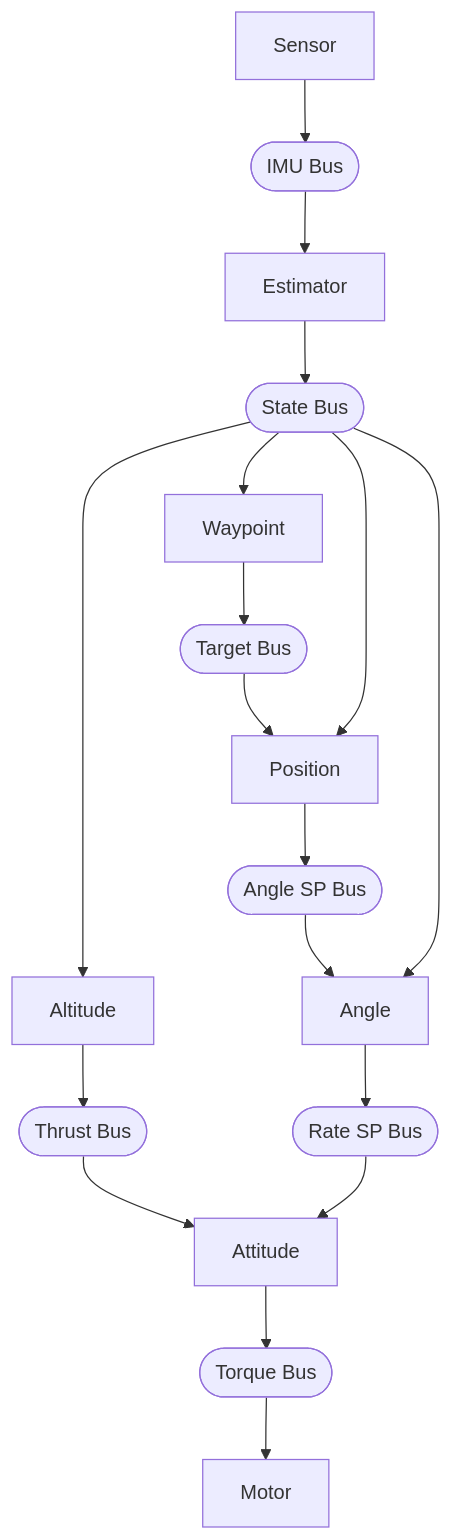
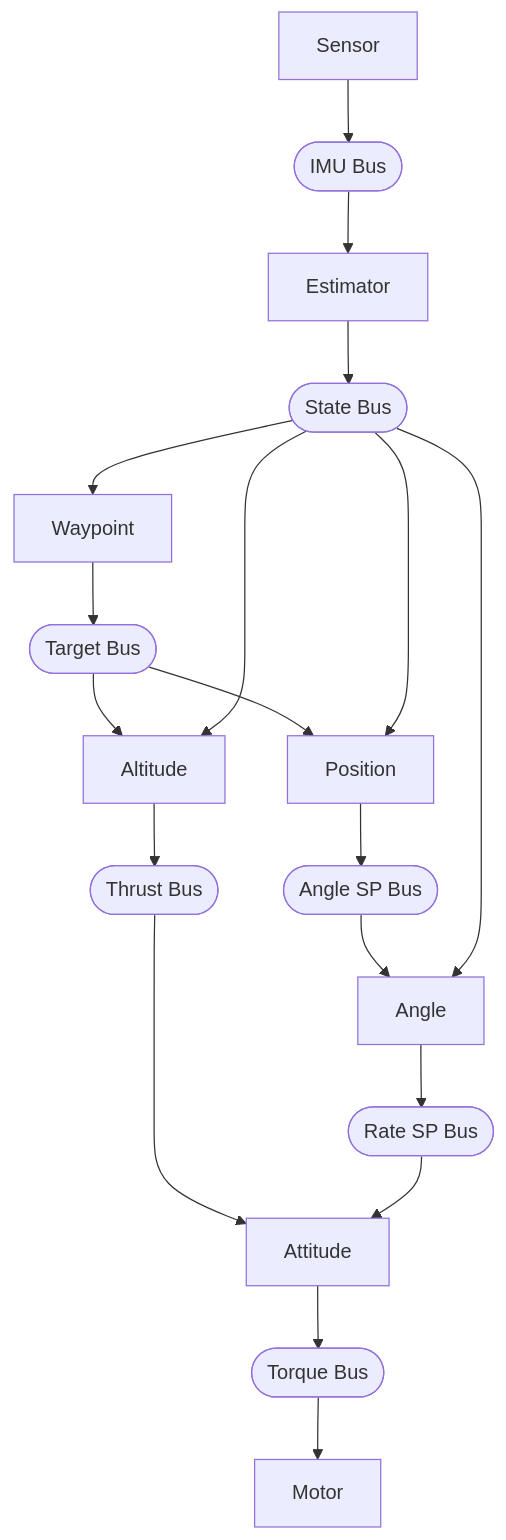
One commit to joagre/rt changed the diagram in examples/pilot/README.md. Above: the diagram before and after it, drawn with Mermaid. The commit also changed other lines of this file and 7 other files, not shown here.

````diff
--- a/examples/pilot/README.md
+++ b/examples/pilot/README.md
@@ -56,10 +56,12 @@
 ```mermaid
 graph TB
     Sensor[Sensor] --> IMUBus([IMU Bus]) --> Estimator[Estimator] --> StateBus([State Bus])
 
-    StateBus --> Altitude[Altitude] --> ThrustBus([Thrust Bus]) --> Attitude[Attitude]
-    StateBus --> Waypoint[Waypoint] --> TargetBus([Target Bus]) --> Position[Position]
+    StateBus --> Waypoint[Waypoint] --> TargetBus([Target Bus])
+    TargetBus --> Altitude[Altitude] --> ThrustBus([Thrust Bus]) --> Attitude[Attitude]
+    TargetBus --> Position[Position]
+    StateBus --> Altitude
     StateBus --> Position --> AngleSP([Angle SP Bus]) --> Angle[Angle]
     StateBus --> Angle --> RateSP([Rate SP Bus]) --> Attitude
     Attitude --> TorqueBus([Torque Bus]) --> Motor[Motor]
 ```
````
